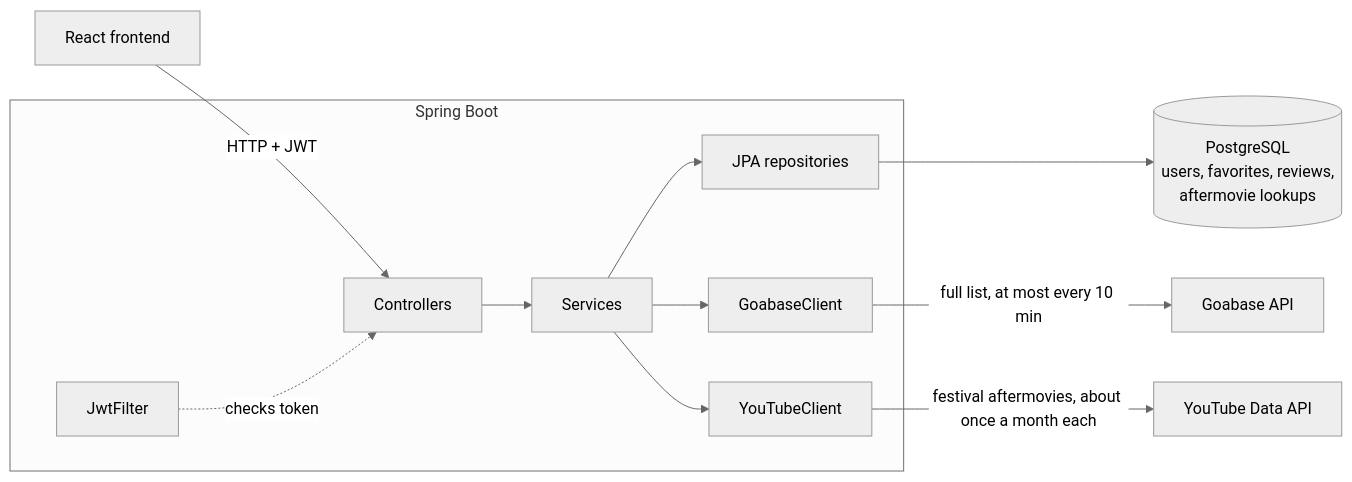
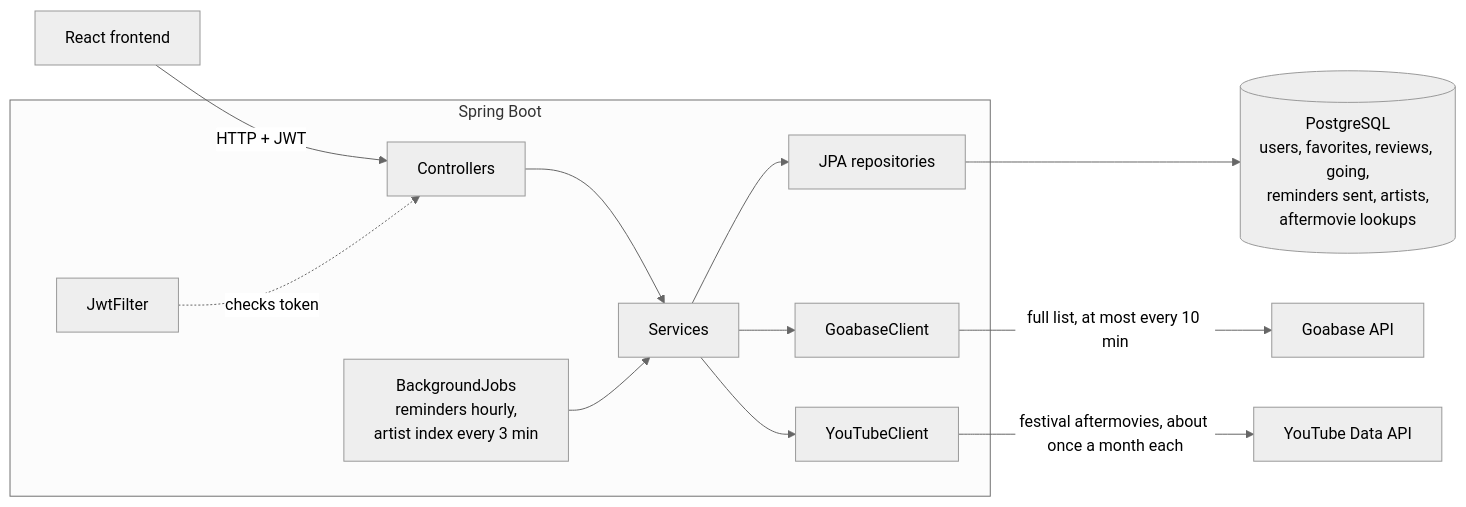
The diagram in README.md (Peconjii/psytrance-tracker-backend), drawn with Mermaid (neutral theme) before and after one commit. The commit also changed other lines of this file and 48 other files, not shown here.

First line of the commit message:
Add "I'm going", reminder emails and artist pages

````diff
--- a/README.md
+++ b/README.md
@@ -31,16 +32,17 @@
 ```mermaid
 flowchart LR
     UI[React frontend] -->|HTTP + JWT| C
 
     subgraph Spring Boot
         C[Controllers] --> S[Services]
         S --> R[JPA repositories]
         S --> G[GoabaseClient]
         S --> Y[YouTubeClient]
         F[JwtFilter] -.checks token.-> C
+        J[BackgroundJobs<br/>reminders hourly,<br/>artist index every 3 min] --> S
     end
 
-    R --> DB[(PostgreSQL<br/>users, favorites, reviews,<br/>aftermovie lookups)]
+    R --> DB[(PostgreSQL<br/>users, favorites, reviews, going,<br/>reminders sent, artists,<br/>aftermovie lookups)]
     G -->|full list, at most every 10 min| GA[Goabase API]
     Y -->|festival aftermovies, about once a month each| YT[YouTube Data API]
 ```
````
